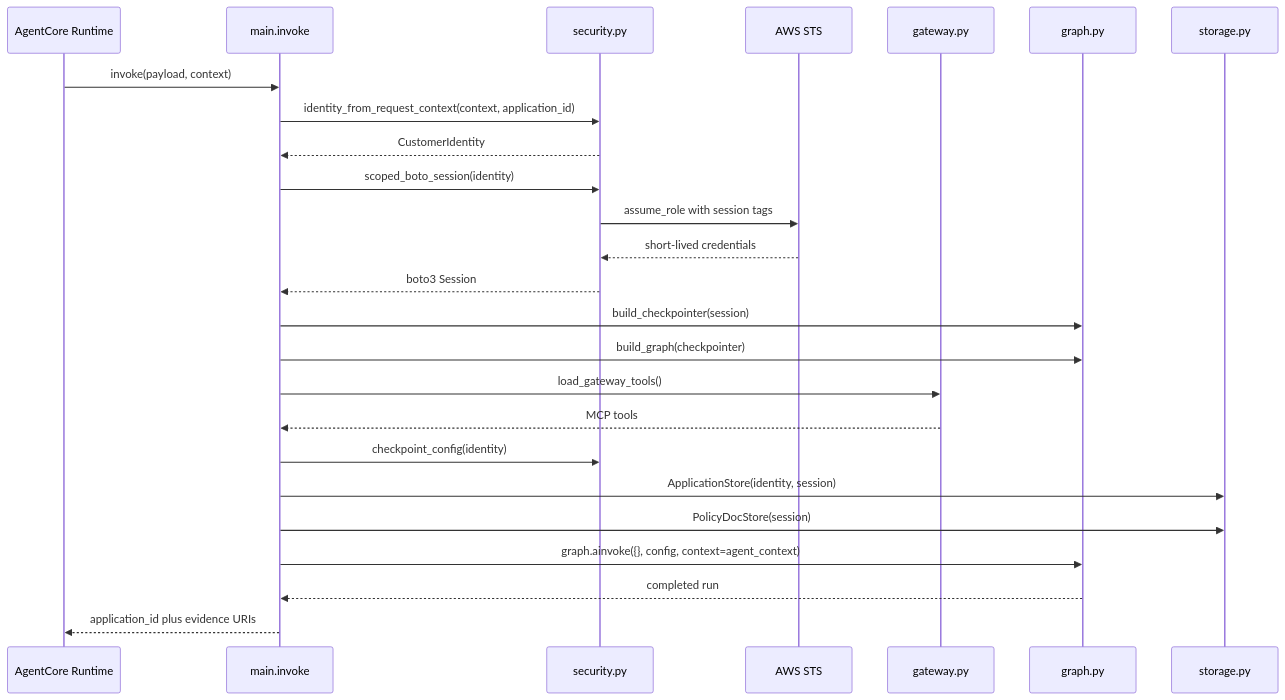
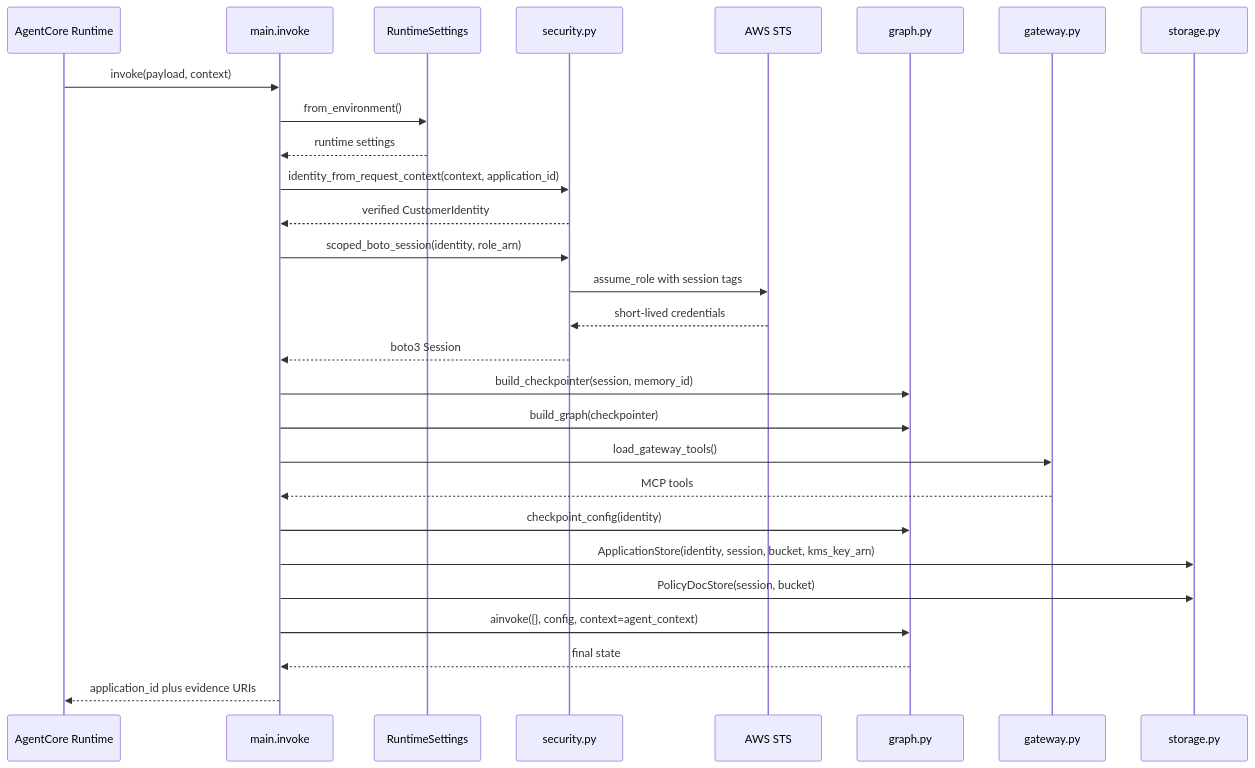
Before and after one commit to stevejgoodman/fionaa-aws: the diagram in openwiki/architecture/runtime-entrypoint.md, drawn with Mermaid. The commit also changed other lines of this file and 37 other files, not shown here.

Commit message:
Add PASF/PADE readiness-triage assessment, architecture docs, and refreshed OpenWiki

````diff
--- a/openwiki/architecture/runtime-entrypoint.md
+++ b/openwiki/architecture/runtime-entrypoint.md
@@ -55,28 +59,31 @@
 ```mermaid
 sequenceDiagram
-    participant AgentCore as AgentCore Runtime
+    participant Runtime as AgentCore Runtime
     participant Main as main.invoke
+    participant Settings as RuntimeSettings
     participant Security as security.py
     participant STS as AWS STS
+    participant Graph as graph.py
     participant Gateway as gateway.py
-    participant Graph as graph.py
     participant Store as storage.py
 
-    AgentCore->>Main: invoke(payload, context)
+    Runtime->>Main: invoke(payload, context)
+    Main->>Settings: from_environment()
+    Settings-->>Main: runtime settings
     Main->>Security: identity_from_request_context(context, application_id)
-    Security-->>Main: CustomerIdentity
-    Main->>Security: scoped_boto_session(identity)
+    Security-->>Main: verified CustomerIdentity
+    Main->>Security: scoped_boto_session(identity, role_arn)
     Security->>STS: assume_role with session tags
     STS-->>Security: short-lived credentials
     Security-->>Main: boto3 Session
-    Main->>Graph: build_checkpointer(session)
+    Main->>Graph: build_checkpointer(session, memory_id)
     Main->>Graph: build_graph(checkpointer)
     Main->>Gateway: load_gateway_tools()
     Gateway-->>Main: MCP tools
-    Main->>Security: checkpoint_config(identity)
-    Main->>Store: ApplicationStore(identity, session)
-    Main->>Store: PolicyDocStore(session)
-    Main->>Graph: graph.ainvoke({}, config, context=agent_context)
-    Graph-->>Main: completed run
-    Main-->>AgentCore: application_id plus evidence URIs
+    Main->>Graph: checkpoint_config(identity)
+    Main->>Store: ApplicationStore(identity, session, bucket, kms_key_arn)
+    Main->>Store: PolicyDocStore(session, bucket)
+    Main->>Graph: ainvoke({}, config, context=agent_context)
+    Graph-->>Main: final state
+    Main-->>Runtime: application_id plus evidence URIs
 ```
````
